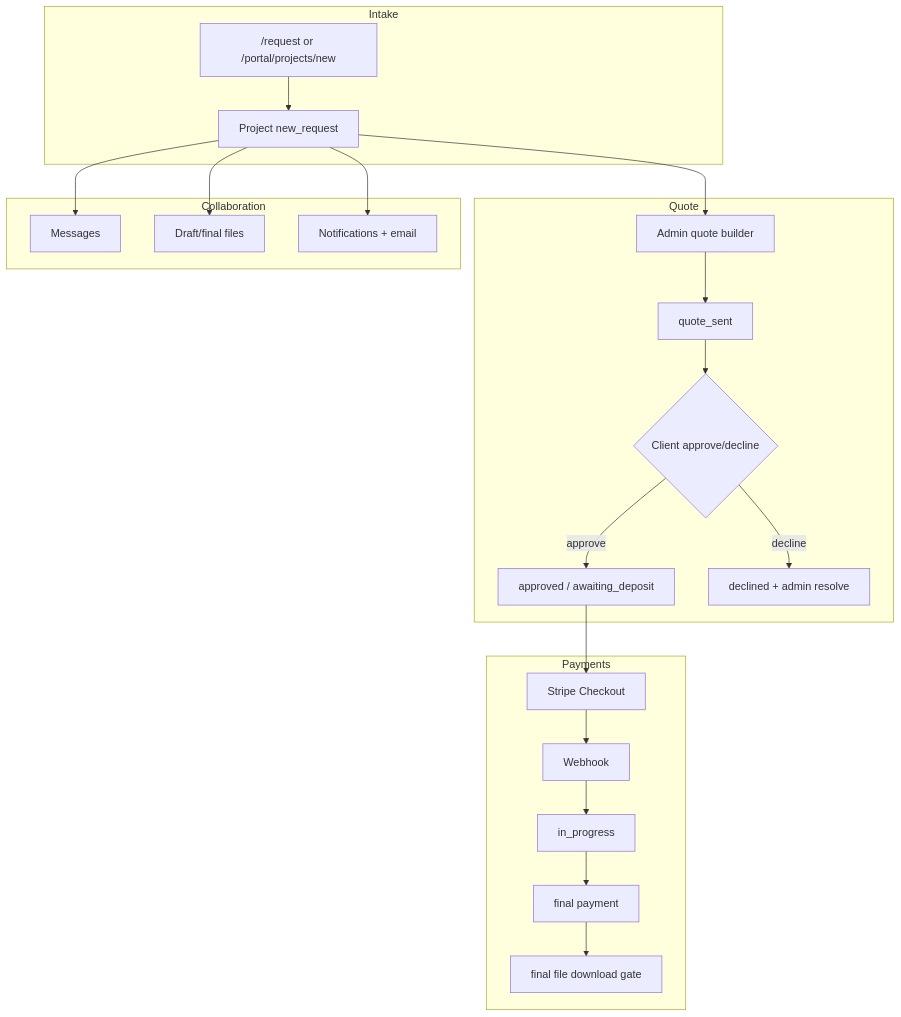
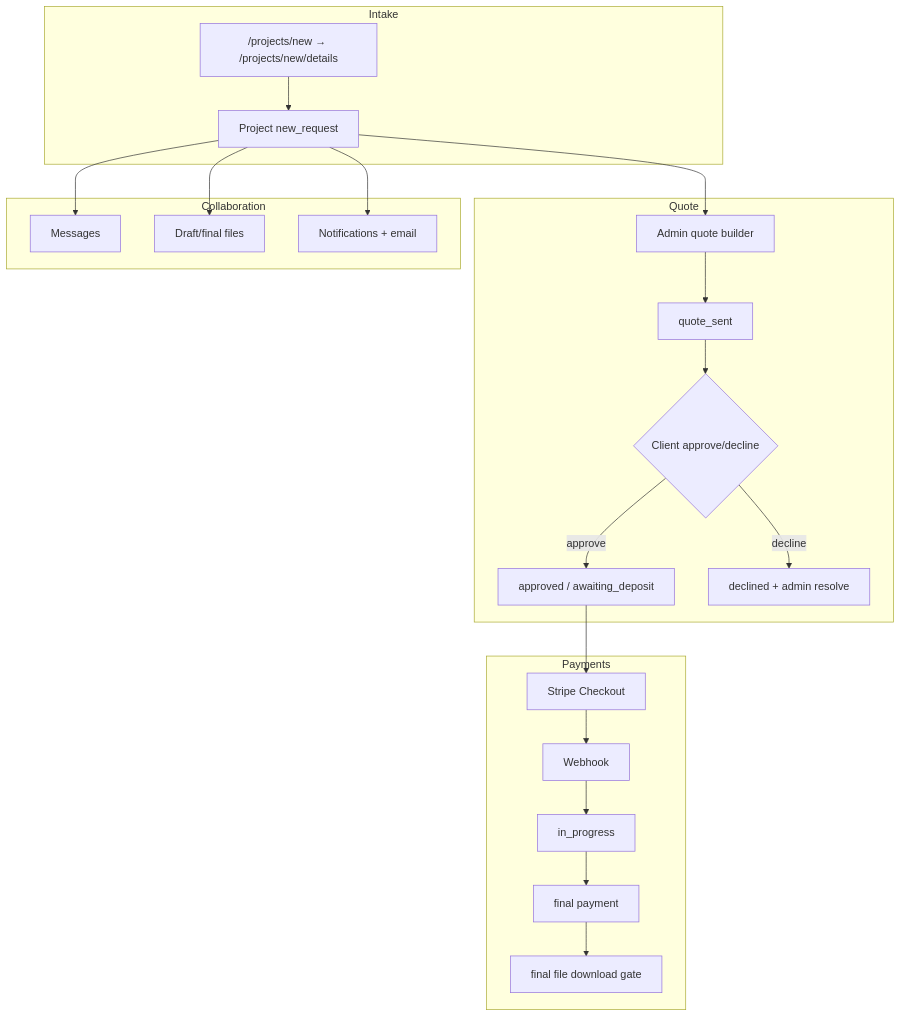
Before and after one commit to mwhobrey/whobreystudios: the third of 3 diagrams in docs/runbook/01_ARCHITECTURE.md, drawn with Mermaid. The commit also changed other lines of this file and 25 other files, not shown here.

````diff
--- a/docs/runbook/01_ARCHITECTURE.md
+++ b/docs/runbook/01_ARCHITECTURE.md
@@ -249,29 +249,29 @@
 ```mermaid
 flowchart TB
   subgraph intake [Intake]
-    R["/request or /portal/projects/new"]
+    R["/projects/new → /projects/new/details"]
     R --> P[Project new_request]
   end
 
   subgraph quote [Quote]
     P --> QB[Admin quote builder]
     QB --> QS[quote_sent]
     QS --> CA{Client approve/decline}
     CA -->|approve| AP[approved / awaiting_deposit]
     CA -->|decline| DC[declined + admin resolve]
   end
 
   subgraph pay [Payments]
     AP --> ST[Stripe Checkout]
     ST --> WH[Webhook]
     WH --> IP[in_progress]
     IP --> FP[final payment]
     FP --> DL[final file download gate]
   end
 
   subgraph collab [Collaboration]
     P --> MSG[Messages]
     P --> FILES[Draft/final files]
     P --> NOTIF[Notifications + email]
   end
 ```
````
